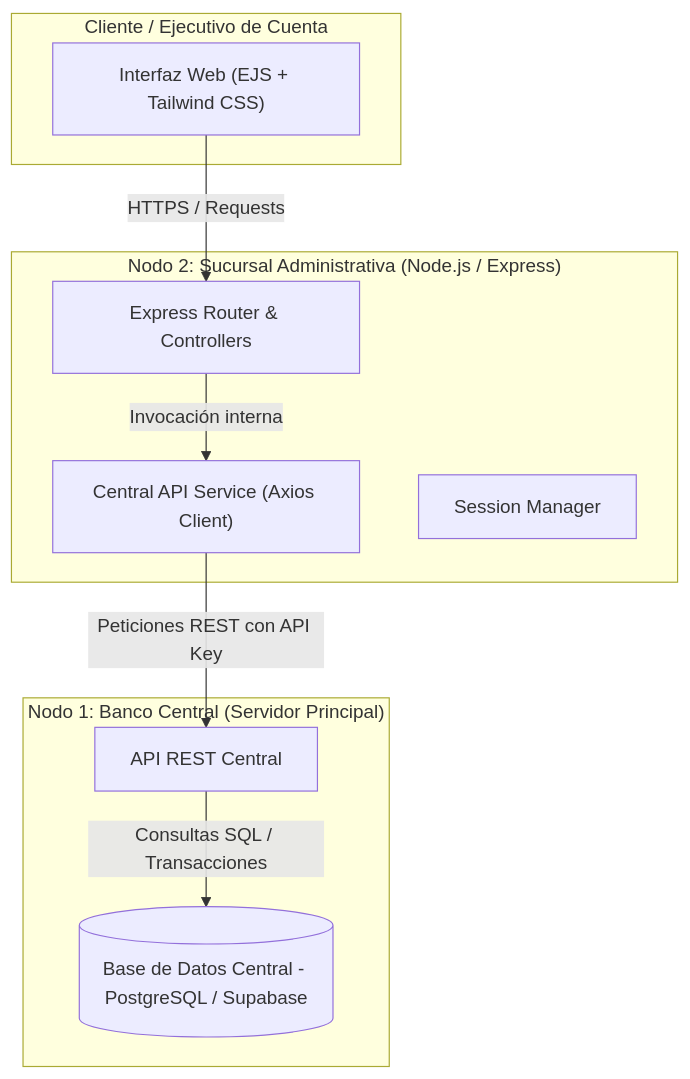
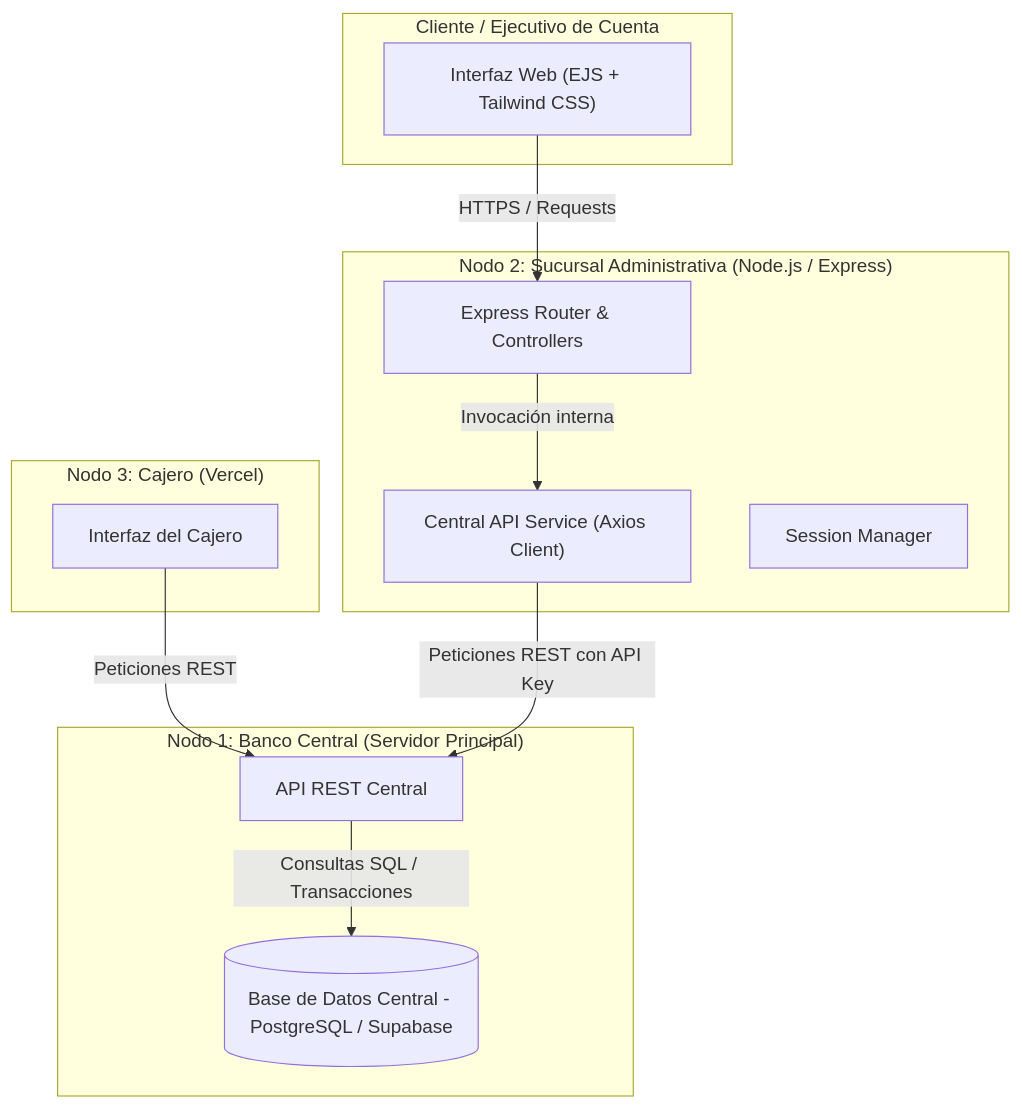
The diagram in README.md (Victorml55/sucursal-nodo2-TOPWEB), drawn with Mermaid before and after one commit. The commit also changed other lines of this file, not shown here.

Commit message:
Update README: refine deployment links, add Cajero module, and correct API URL

````diff
--- a/README.md
+++ b/README.md
@@ -33,22 +34,27 @@
 ```mermaid
 graph TD
     subgraph Cliente ["Cliente / Ejecutivo de Cuenta"]
         UI["Interfaz Web (EJS + Tailwind CSS)"]
     end
 
     subgraph Nodo2 ["Nodo 2: Sucursal Administrativa (Node.js / Express)"]
         Router["Express Router & Controllers"]
         CentralService["Central API Service (Axios Client)"]
         SessionStore["Session Manager"]
     end
 
     subgraph Nodo1 ["Nodo 1: Banco Central (Servidor Principal)"]
         CentralAPI["API REST Central"]
         CentralDB[("Base de Datos Central - PostgreSQL / Supabase")]
     end
 
+    subgraph Nodo3 ["Nodo 3: Cajero (Vercel)"]
+        CajeroUI["Interfaz del Cajero"]
+    end
+
+    CajeroUI -->|Peticiones REST| CentralAPI
     UI -->|HTTPS / Requests| Router
     Router -->|Invocación interna| CentralService
     CentralService -->|Peticiones REST con API Key| CentralAPI
     CentralAPI -->|Consultas SQL / Transacciones| CentralDB
 ```
````
